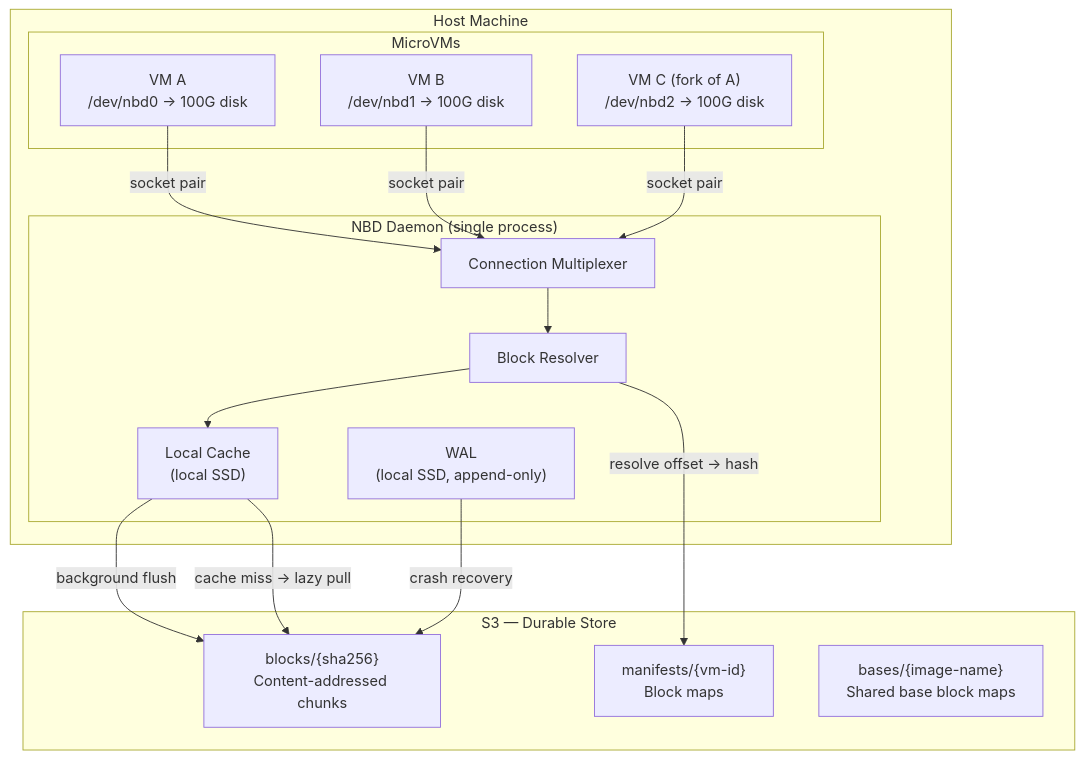
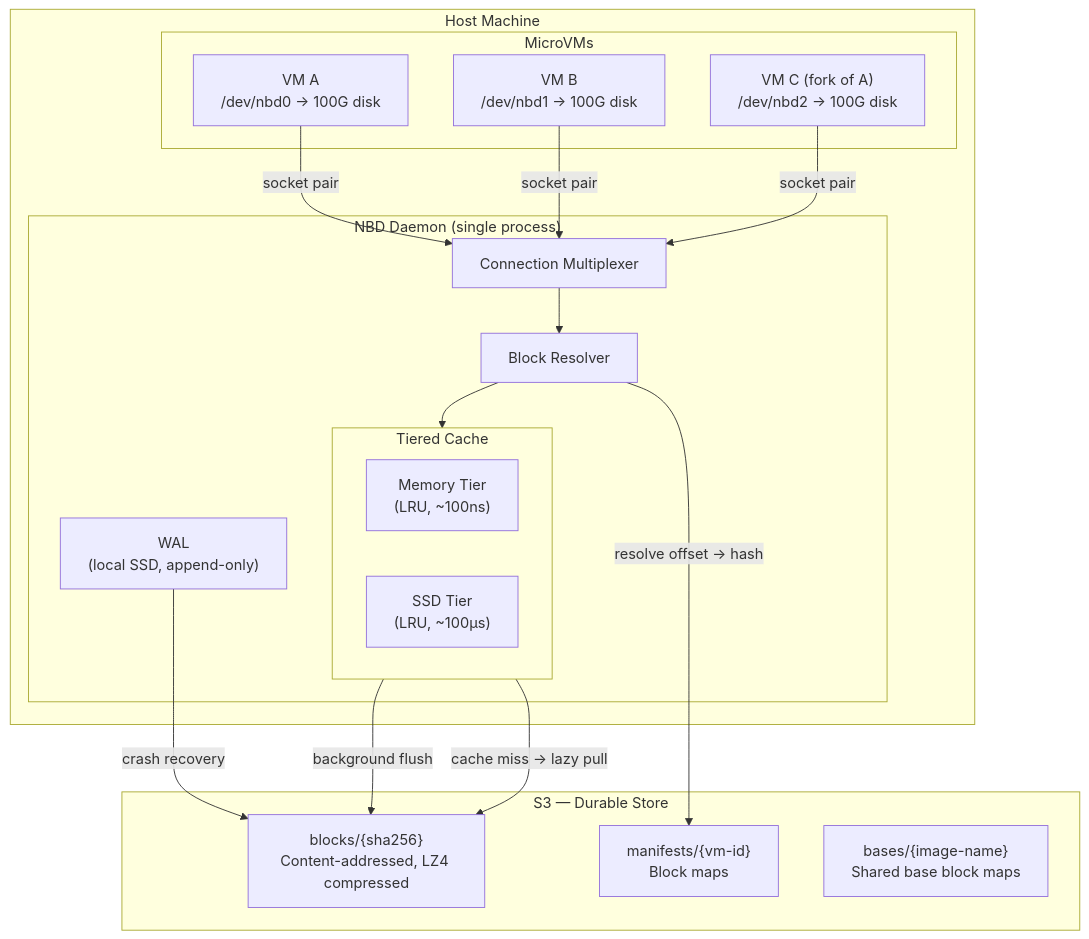
One commit to paraglidehq/glidefs changed the first of 14 diagrams in GLIDEv2.md. Above: the diagram before and after it, drawn with Mermaid. The commit also changed other lines of this file, not shown here.

````diff
--- a/GLIDEv2.md
+++ b/GLIDEv2.md
@@ -57,34 +59,37 @@
 ```mermaid
 graph TB
     subgraph Host["Host Machine"]
         subgraph VMs["MicroVMs"]
             VM1["VM A<br/>/dev/nbd0 → 100G disk"]
             VM2["VM B<br/>/dev/nbd1 → 100G disk"]
             VM3["VM C (fork of A)<br/>/dev/nbd2 → 100G disk"]
         end
 
         subgraph NBD["NBD Daemon (single process)"]
             MUX["Connection Multiplexer"]
             BR["Block Resolver"]
             WAL["WAL<br/>(local SSD, append-only)"]
-            CACHE["Local Cache<br/>(local SSD)"]
+            subgraph CACHE["Tiered Cache"]
+                MEM["Memory Tier<br/>(LRU, ~100ns)"]
+                SSD["SSD Tier<br/>(LRU, ~100μs)"]
+            end
         end
 
         VM1 -->|"socket pair"| MUX
         VM2 -->|"socket pair"| MUX
         VM3 -->|"socket pair"| MUX
         MUX --> BR
         BR --> CACHE
     end
 
     subgraph S3["S3 — Durable Store"]
-        BLOCKS["blocks/{sha256}<br/>Content-addressed chunks"]
+        BLOCKS["blocks/{sha256}<br/>Content-addressed, LZ4 compressed"]
         MANIFESTS["manifests/{vm-id}<br/>Block maps"]
         BASES["bases/{image-name}<br/>Shared base block maps"]
     end
 
     CACHE -->|"background flush"| BLOCKS
     BR -->|"resolve offset → hash"| MANIFESTS
     CACHE -->|"cache miss → lazy pull"| BLOCKS
     WAL -->|"crash recovery"| BLOCKS
 ```
````
